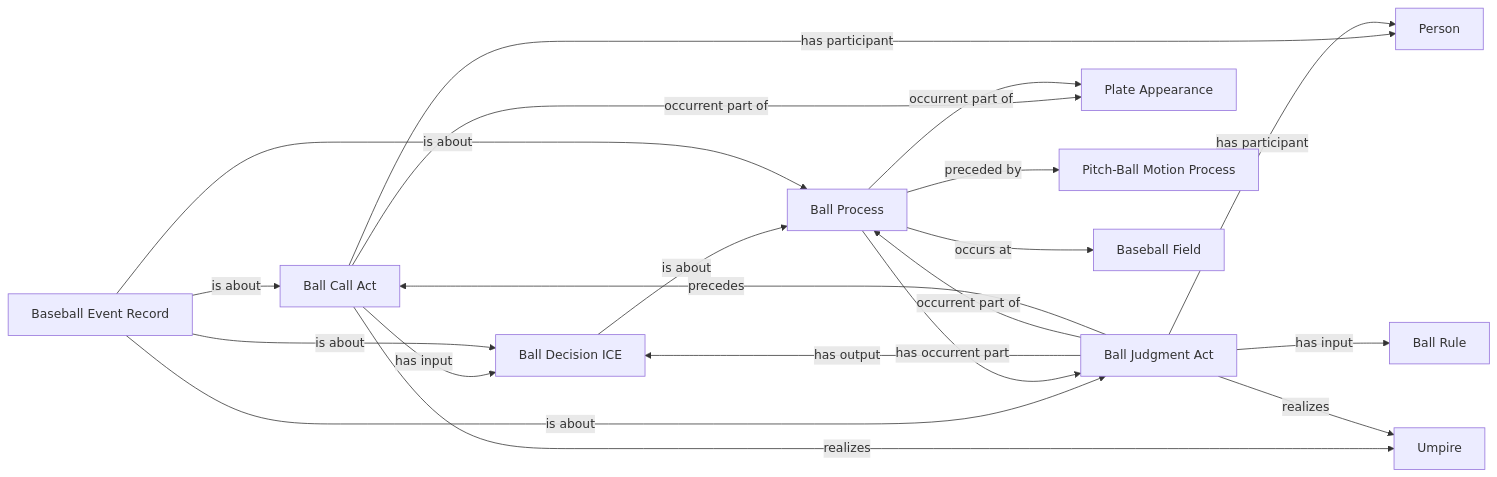
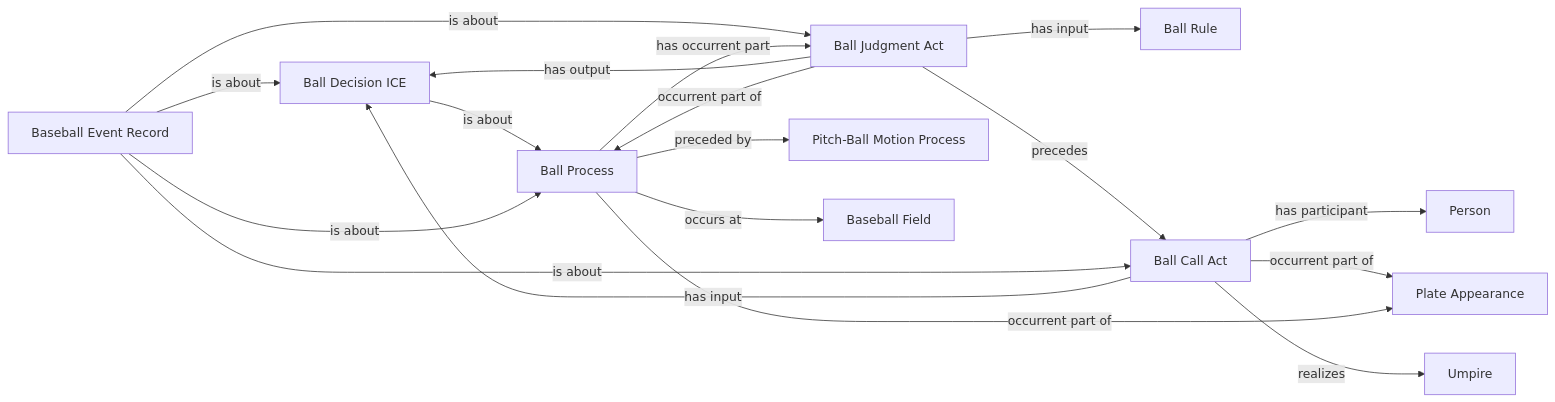
One commit to CarterBeauBenson/BaseballO changed the diagram in Baseball/mermaid/patterns/ontology/12-ball-adjudication.md. Above: the diagram before and after it, drawn with Mermaid. The commit also changed other lines of this file and 152 other files, not shown here.

````diff
--- a/Baseball/mermaid/patterns/ontology/12-ball-adjudication.md
+++ b/Baseball/mermaid/patterns/ontology/12-ball-adjudication.md
@@ -10,33 +10,31 @@
 ```mermaid
 flowchart LR
     N01["Ball Rule"]
-    N02["Ball Call Act"]
-    N03["Ball Decision ICE"]
-    N04["Baseball Event Record"]
-    N05["Ball Judgment Act"]
+    N02["Ball Decision ICE"]
+    N03["Ball Judgment Act"]
+    N04["Ball Call Act"]
+    N05["Baseball Event Record"]
     N06["Plate Appearance"]
     N07["Ball Process"]
     N08["Pitch-Ball Motion Process"]
     N09["Person"]
     N10["Umpire"]
     N11["Baseball Field"]
-    N02 -->|has input| N03
-    N02 -->|has participant| N09
-    N02 -->|occurrent part of| N06
-    N02 -->|realizes| N10
-    N03 -->|is about| N07
-    N04 -->|is about| N02
-    N04 -->|is about| N03
-    N04 -->|is about| N05
-    N04 -->|is about| N07
-    N05 -->|has input| N01
-    N05 -->|has output| N03
-    N05 -->|has participant| N09
-    N05 -->|occurrent part of| N07
-    N05 -->|precedes| N02
-    N05 -->|realizes| N10
-    N07 -->|has occurrent part| N05
+    N02 -->|is about| N07
+    N03 -->|has input| N01
+    N03 -->|has output| N02
+    N03 -->|occurrent part of| N07
+    N03 -->|precedes| N04
+    N04 -->|has input| N02
+    N04 -->|has participant| N09
+    N04 -->|occurrent part of| N06
+    N04 -->|realizes| N10
+    N05 -->|is about| N02
+    N05 -->|is about| N03
+    N05 -->|is about| N04
+    N05 -->|is about| N07
+    N07 -->|has occurrent part| N03
     N07 -->|occurrent part of| N06
     N07 -->|occurs at| N11
     N07 -->|preceded by| N08
 ```
````
